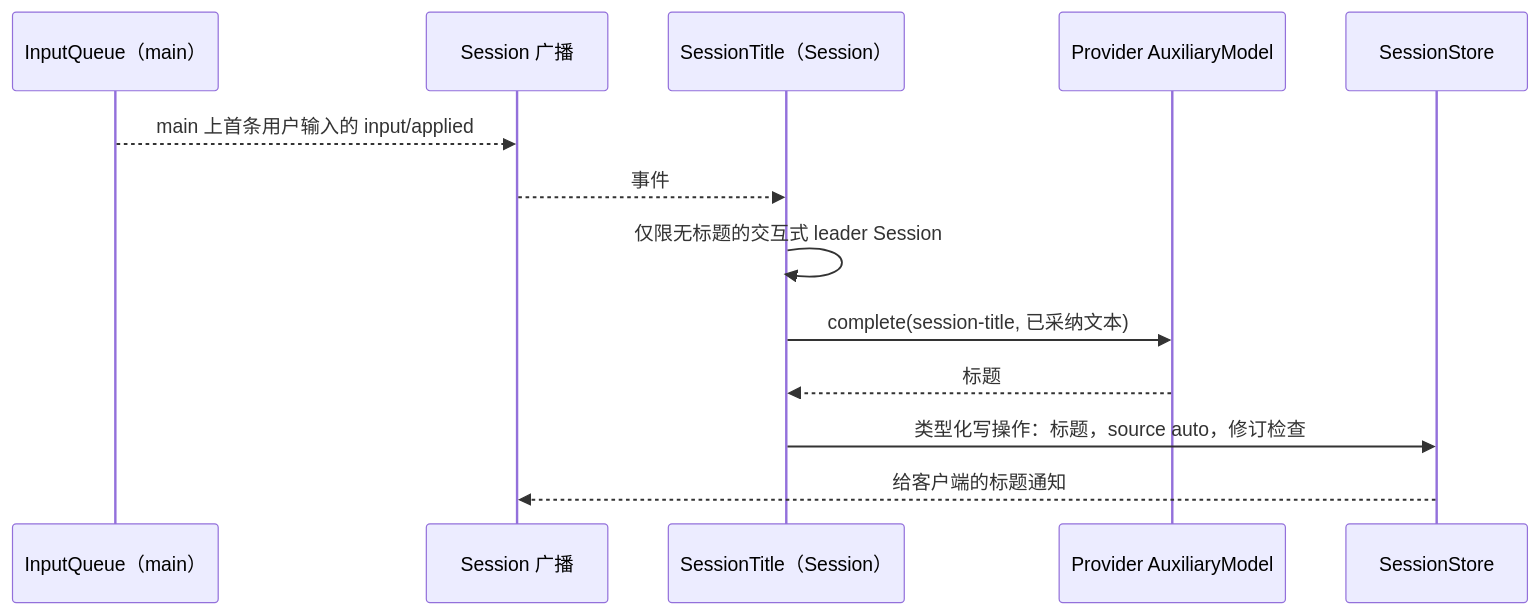
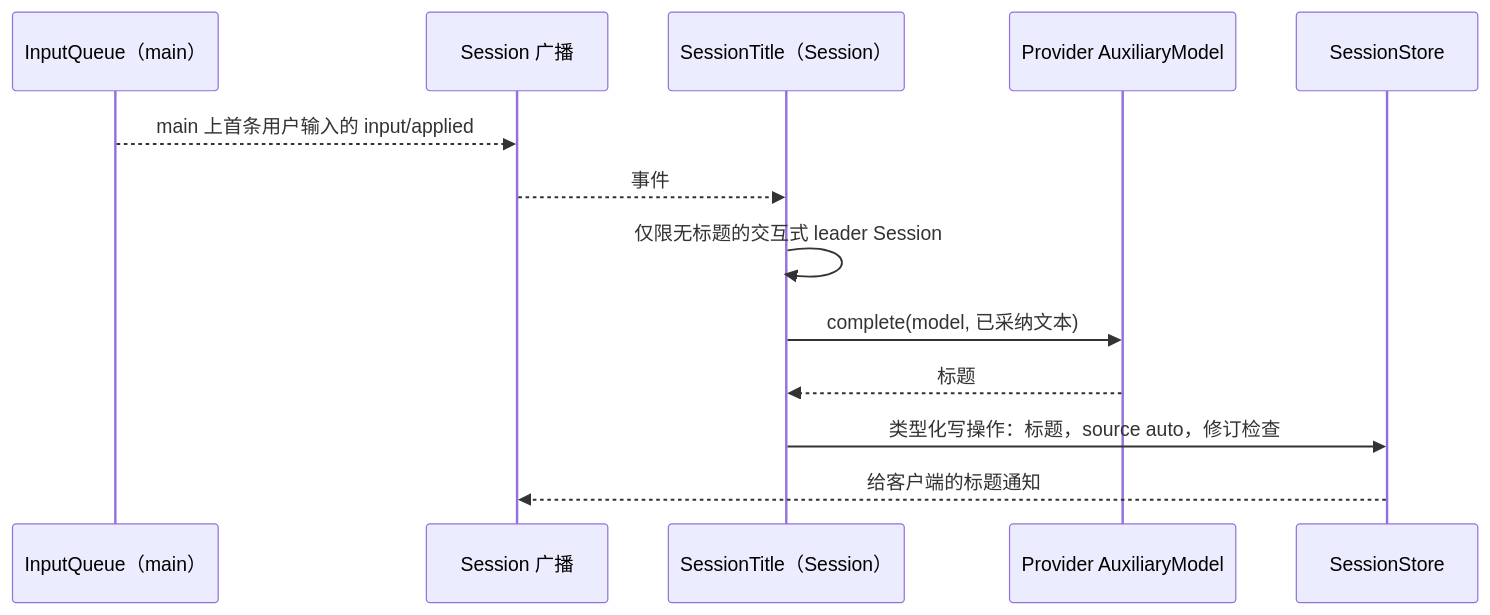
Before and after one commit to CoutinhoTTS/dim-agent: the fifth of 8 diagrams in docs/zh/design/overview.md, drawn with Mermaid. The commit also changed other lines of this file and 14 other files, not shown here.

````diff
--- a/docs/zh/design/overview.md
+++ b/docs/zh/design/overview.md
@@ -234,15 +234,15 @@
 ```mermaid
 sequenceDiagram
   participant IQ as InputQueue（main）
   participant BC as Session 广播
   participant ST as SessionTitle（Session）
   participant PR as Provider AuxiliaryModel
   participant SS as SessionStore
   IQ-->>BC: main 上首条用户输入的 input/applied
   BC-->>ST: 事件
   ST->>ST: 仅限无标题的交互式 leader Session
-  ST->>PR: complete(session-title, 已采纳文本)
+  ST->>PR: complete(model, 已采纳文本)
   PR-->>ST: 标题
   ST->>SS: 类型化写操作：标题，source auto，修订检查
   SS-->>BC: 给客户端的标题通知
 ```
````
